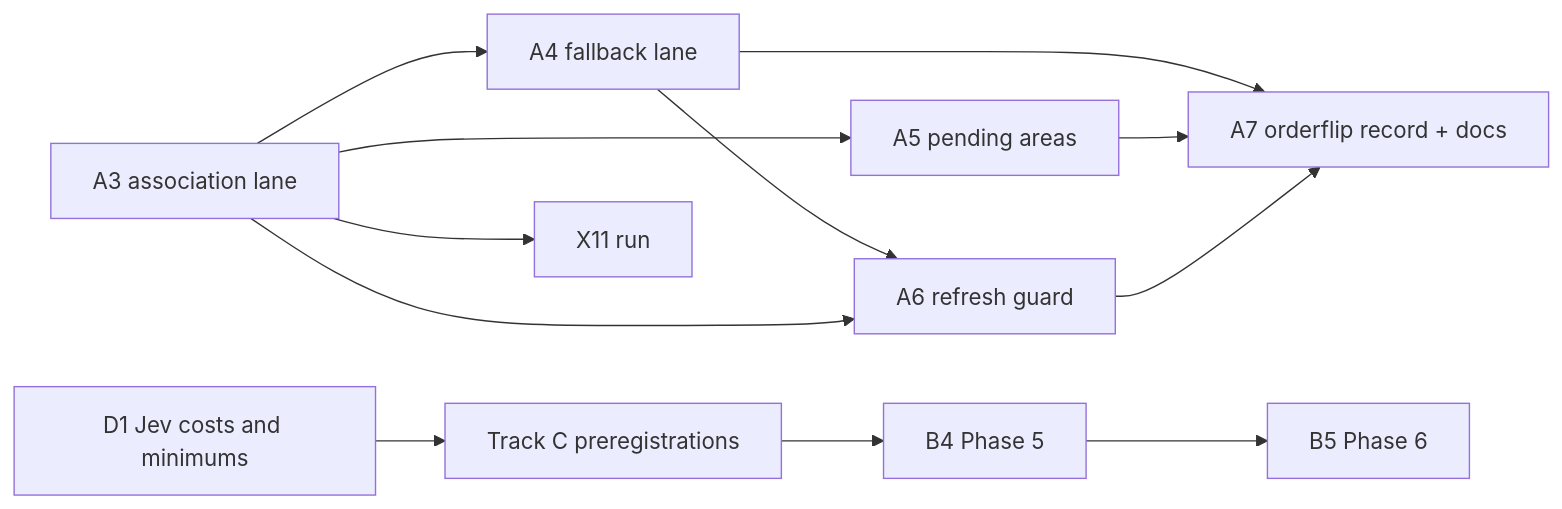
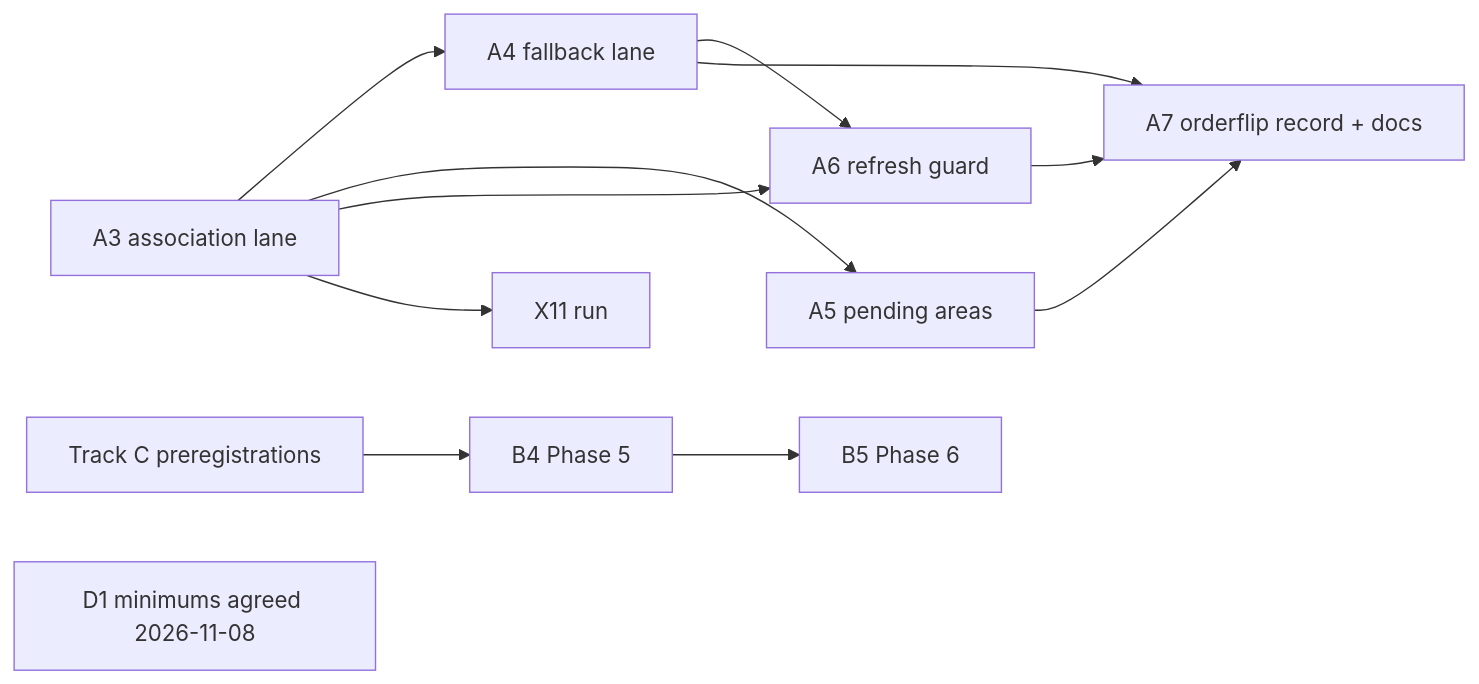
Before and after one commit to adam-jackson-cf/scout: the diagram in docs/plans/2026-11-06-remaining-work.md, drawn with Mermaid. The commit also changed other lines of this file and 4 other files, not shown here.

Commit message:
chore(decisions): record agreed Jev triage minimums (D1)

````diff
--- a/docs/plans/2026-11-06-remaining-work.md
+++ b/docs/plans/2026-11-06-remaining-work.md
@@ -22,14 +22,14 @@
 ```mermaid
 flowchart LR
   A3[A3 association lane] --> A4[A4 fallback lane]
   A3 --> A5[A5 pending areas]
   A4 --> A6[A6 refresh guard]
   A3 --> A6
   A4 --> A7[A7 orderflip record + docs]
   A5 --> A7
   A6 --> A7
   C[Track C preregistrations] --> B4[B4 Phase 5]
-  D1[D1 Jev costs and minimums] --> C
+  D1[D1 minimums agreed 2026-11-08]
   B4 --> B5[B5 Phase 6]
   A3 --> X11[X11 run]
 ```
````
